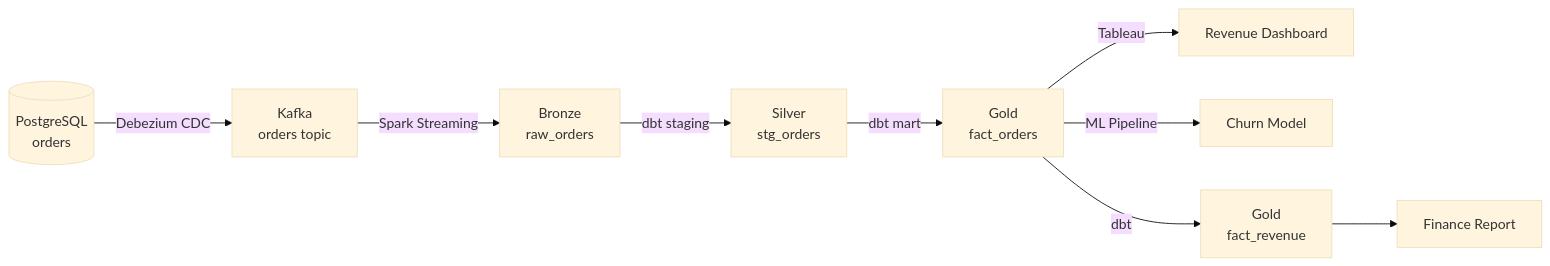
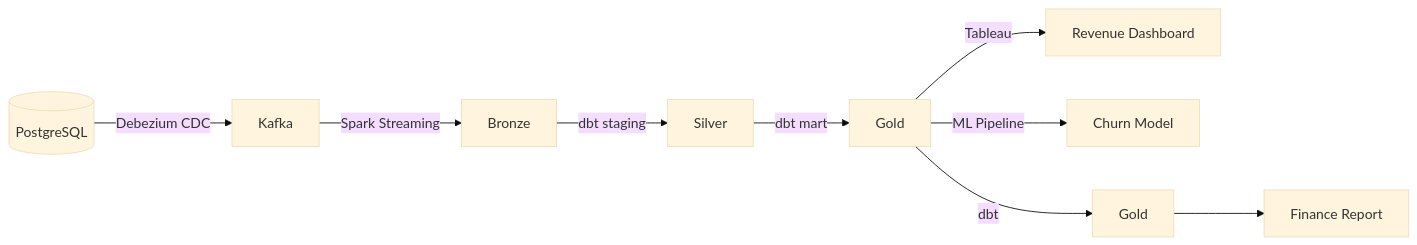
The diagram in 03-governance/03-data-lineage.md (gcmishra7/data-engineering-helper), drawn with Mermaid (base theme) before and after one commit. The commit also changed other lines of this file and 57 other files, not shown here.

First line of the commit message:
Shorten mermaid node labels to fix text truncation on GitHub

````diff
--- a/03-governance/03-data-lineage.md
+++ b/03-governance/03-data-lineage.md
@@ -8,11 +8,11 @@
 ```mermaid
 graph LR
-    S1[(PostgreSQL<br/>orders)] -->|Debezium CDC| K[Kafka<br/>orders topic]
-    K -->|Spark Streaming| B[Bronze<br/>raw_orders]
-    B -->|dbt staging| SL[Silver<br/>stg_orders]
-    SL -->|dbt mart| G[Gold<br/>fact_orders]
+    S1[(PostgreSQL)] -->|Debezium CDC| K[Kafka]
+    K -->|Spark Streaming| B[Bronze]
+    B -->|dbt staging| SL[Silver]
+    SL -->|dbt mart| G[Gold]
     G -->|Tableau| D1[Revenue Dashboard]
     G -->|ML Pipeline| M[Churn Model]
-    G -->|dbt| G2[Gold<br/>fact_revenue]
+    G -->|dbt| G2[Gold]
     G2 --> D2[Finance Report]
 ```
````
